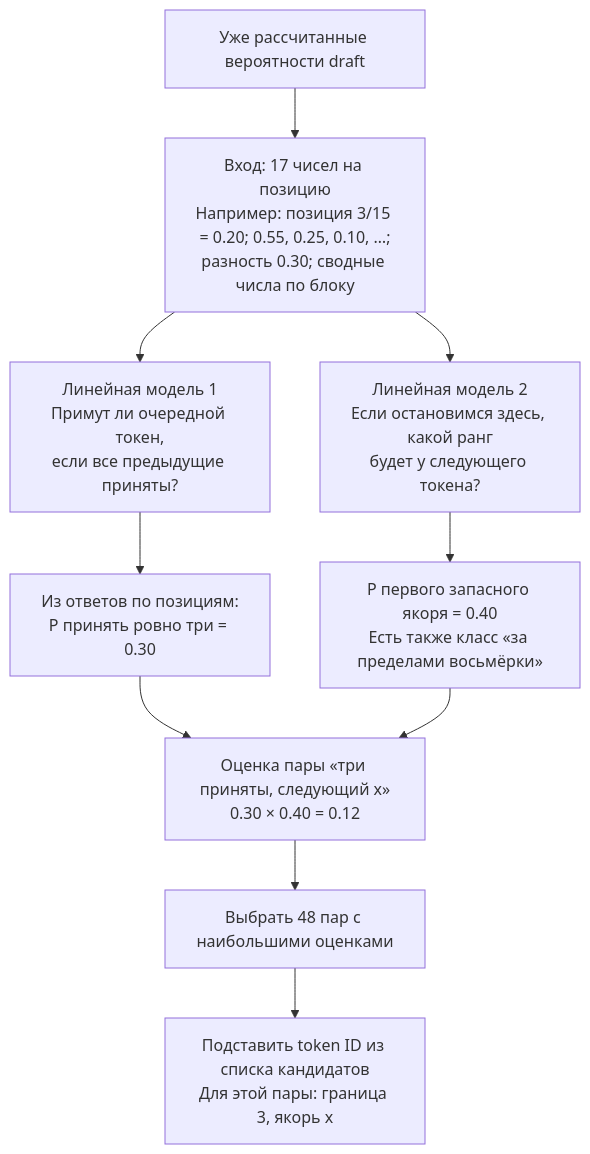
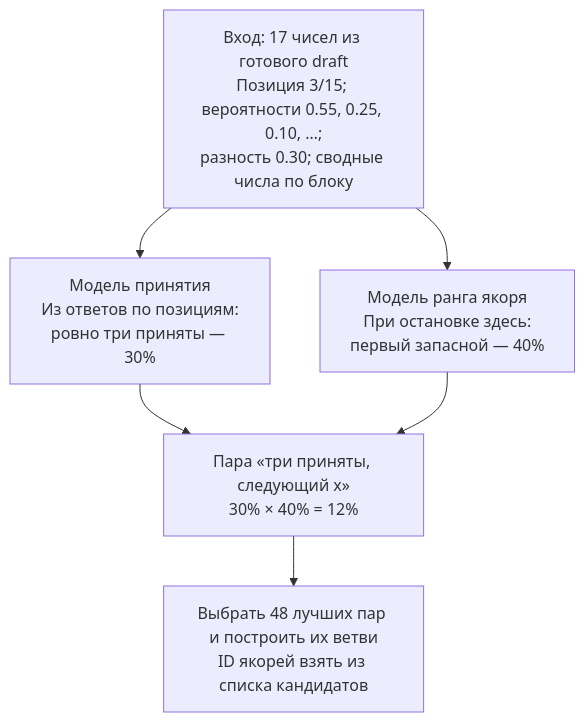
Before and after one commit to Pumponchik/orthrus-parallel: the second of 2 diagrams in README.md, drawn with Mermaid. The commit also changed other lines of this file, not shown here.

Commit message:
Improve diagram layout on small screens

````diff
--- a/README.md
+++ b/README.md
@@ -52,12 +52,9 @@
 ```mermaid
 flowchart TB
-    I["Уже рассчитанные вероятности draft"] --> X["Вход: 17 чисел на позицию<br/>Например: позиция 3/15 = 0.20; 0.55, 0.25, 0.10, …;<br/>разность 0.30; сводные числа по блоку"]
-    X --> A["Линейная модель 1<br/>Примут ли очередной токен,<br/>если все предыдущие приняты?"]
-    X --> B["Линейная модель 2<br/>Если остановимся здесь, какой ранг<br/>будет у следующего токена?"]
-    A --> R["Из ответов по позициям:<br/>P принять ровно три = 0.30"]
-    B --> K["P первого запасного якоря = 0.40<br/>Есть также класс «за пределами восьмёрки»"]
-    R --> Q["Оценка пары «три приняты, следующий x»<br/>0.30 × 0.40 = 0.12"]
-    K --> Q
-    Q --> T["Выбрать 48 пар с наибольшими оценками"]
-    T --> O["Подставить token ID из списка кандидатов<br/>Для этой пары: граница 3, якорь x"]
+    X["Вход: 17 чисел из готового draft<br/>Позиция 3/15; вероятности 0.55, 0.25, 0.10, …;<br/>разность 0.30; сводные числа по блоку"]
+    X --> A["Модель принятия<br/>Из ответов по позициям:<br/>ровно три приняты — 30%"]
+    X --> B["Модель ранга якоря<br/>При остановке здесь:<br/>первый запасной — 40%"]
+    A --> Q["Пара «три приняты, следующий x»<br/>30% × 40% = 12%"]
+    B --> Q
+    Q --> O["Выбрать 48 лучших пар и построить их ветви<br/>ID якорей взять из списка кандидатов"]
 ```
````
